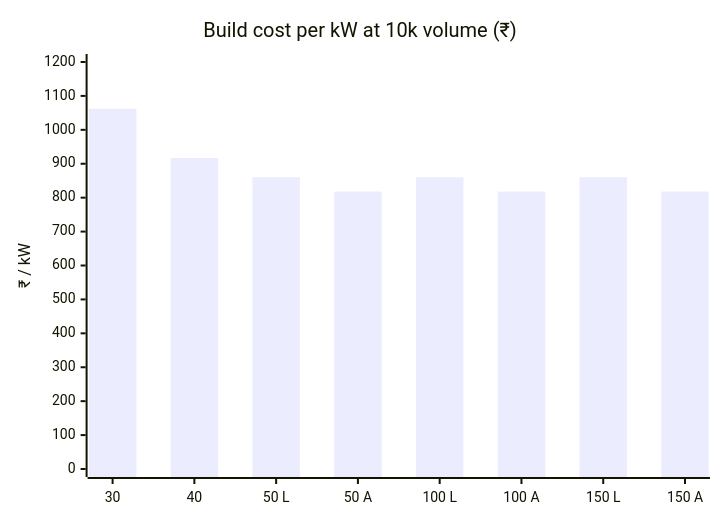
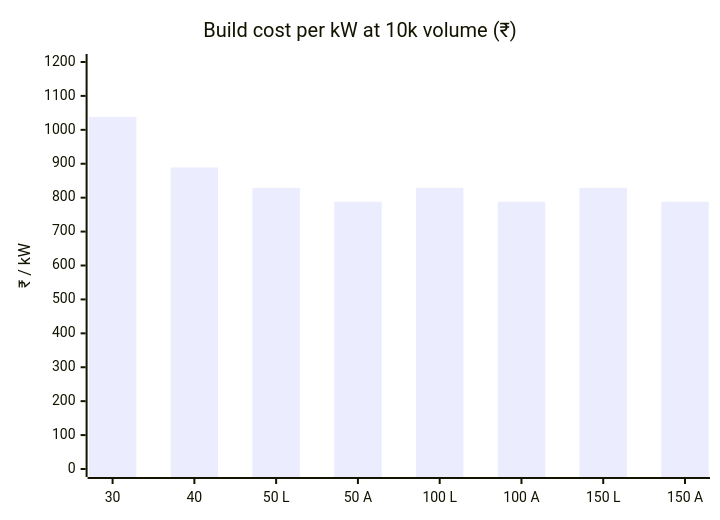
Before and after one commit to vectivolt/DC-Modules: the diagram in docs/bom-cost.md, drawn with Mermaid. The commit also changed other lines of this file and 60 other files, not shown here.

````diff
--- a/docs/bom-cost.md
+++ b/docs/bom-cost.md
@@ -41,7 +41,7 @@
 ```mermaid
 xychart-beta
   title "Build cost per kW at 10k volume (₹)"
   x-axis ["30", "40", "50 L", "50 A", "100 L", "100 A", "150 L", "150 A"]
   y-axis "₹ / kW" 0 --> 1200
-  bar [1062, 917, 860, 818, 860, 818, 860, 818]
+  bar [1038, 889, 829, 788, 829, 788, 829, 788]
 ```
````
